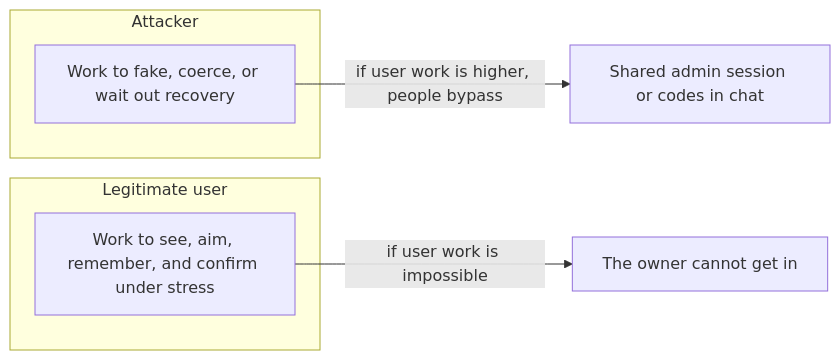
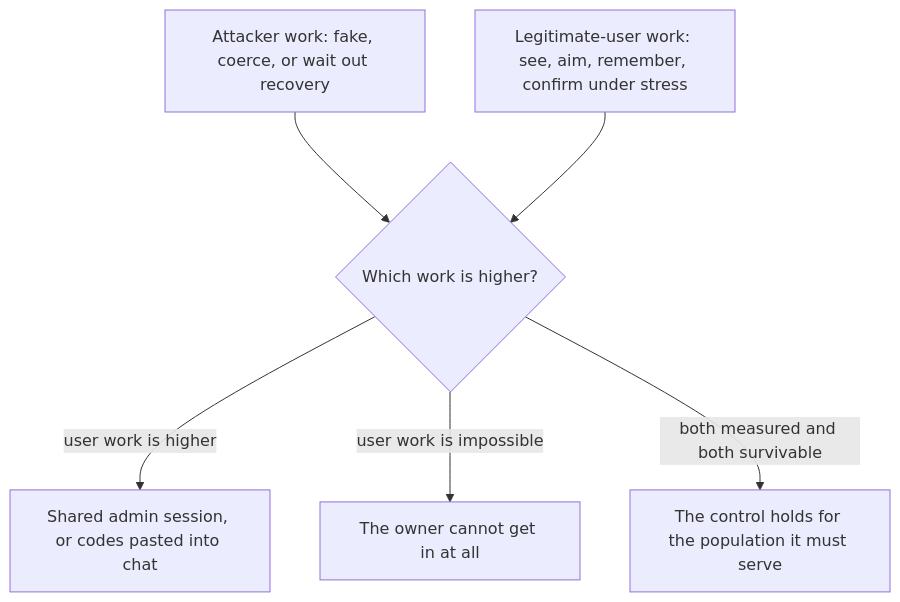
One commit to ishitvagoel/LearnSecurity changed the second of 2 diagrams in content/modules/1/1.4/lessons/01-property.md. Above: the diagram before and after it, drawn with Mermaid. The commit also changed other lines of this file and 18 other files, not shown here.

````diff
--- a/content/modules/1/1.4/lessons/01-property.md
+++ b/content/modules/1/1.4/lessons/01-property.md
@@ -48,11 +51,8 @@
 ```mermaid
-flowchart LR
-  subgraph Attacker
-    AW[Work to fake, coerce, or wait out recovery]
-  end
-  subgraph Legitimate user
-    UW[Work to see, aim, remember, and confirm under stress]
-  end
-  AW -->|if user work is higher, people bypass| Bypass[Shared admin session or codes in chat]
-  UW -->|if user work is impossible| Lockout[The owner cannot get in]
+flowchart TD
+  AW[Attacker work: fake, coerce, or wait out recovery] --> Decision{Which work is higher?}
+  UW[Legitimate-user work: see, aim, remember, confirm under stress] --> Decision
+  Decision -->|user work is higher| Bypass[Shared admin session, or codes pasted into chat]
+  Decision -->|user work is impossible| Lockout[The owner cannot get in at all]
+  Decision -->|both measured and both survivable| Hold[The control holds for the population it must serve]
 ```
````
